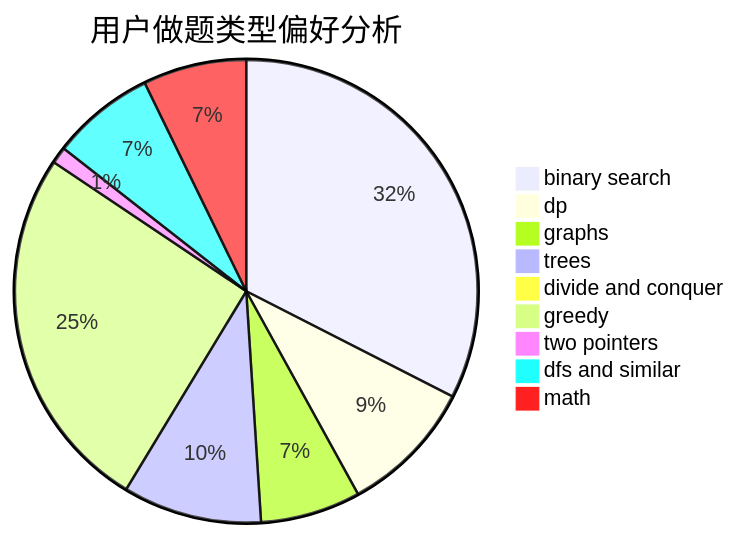
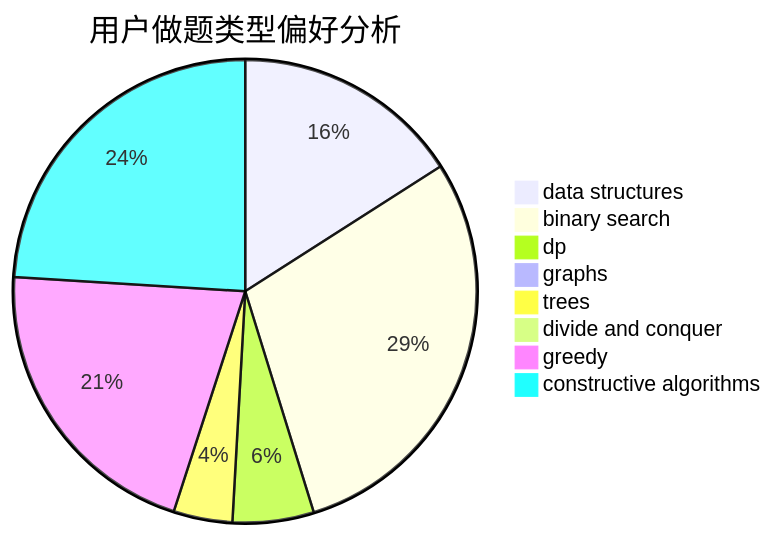
The second of 3 diagrams in docs/user/u499.md (sherpahu/cfrs.github.io), drawn with Mermaid before and after one commit. The commit also changed other lines of this file and 2775 other files, not shown here.

````diff
--- a/docs/user/u499.md
+++ b/docs/user/u499.md
@@ -23,12 +23,11 @@
 ```mermaid
 pie title 用户做题类型偏好分析
-    "binary search" :  446
-    "dp" :  130
-    "graphs" :  96
-    "trees" :  133
-    "divide and conquer" :  13
-    "greedy" :  353
-    "two pointers" :  16
-    "dfs and similar" :  99
-    "math" :  99
+    "data structures" :  225
+    "binary search" :  413
+    "dp" :  80
+    "graphs" :  6
+    "trees" :  58
+    "divide and conquer" :  1
+    "greedy" :  296
+    "constructive algorithms" :  339
 ```
````
